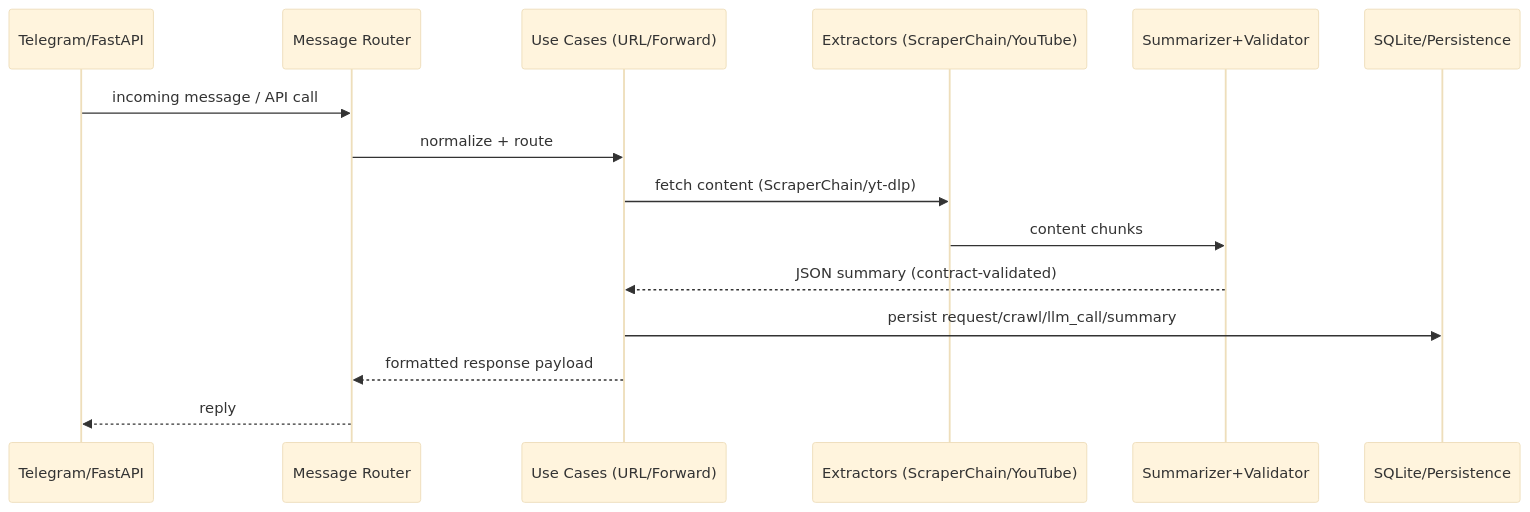
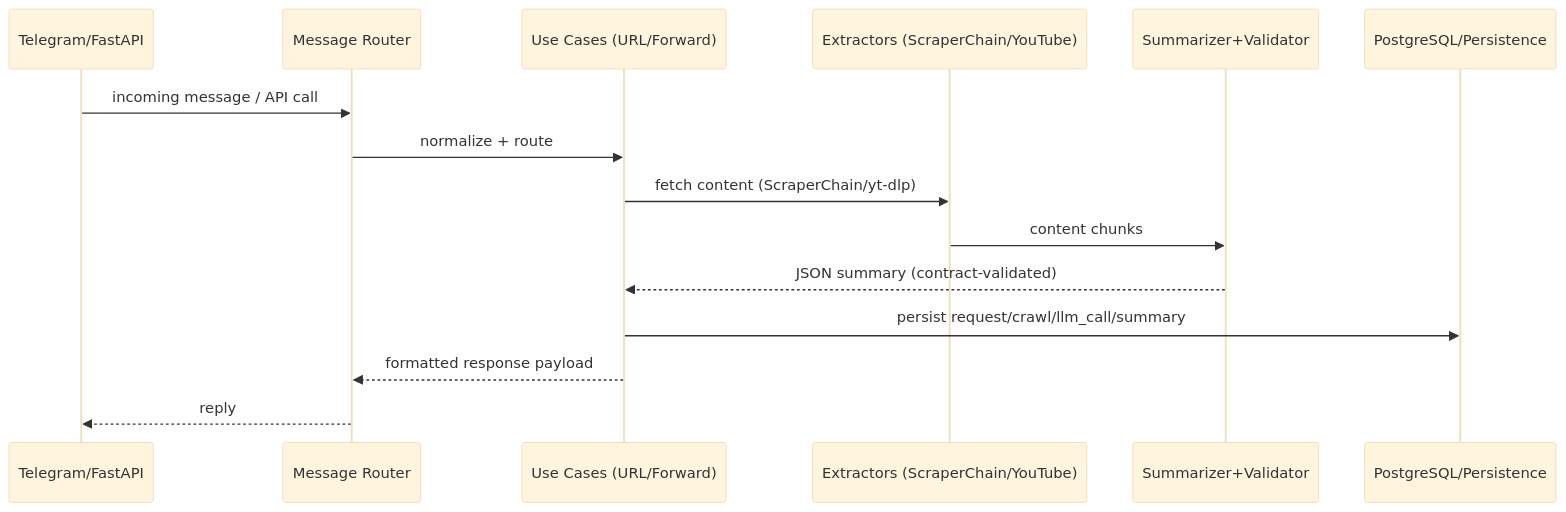
The third of 3 diagrams in docs/explanation/architecture-overview.md (po4yka/bite-size-reader), drawn with Mermaid (base theme) before and after one commit. The commit also changed other lines of this file and 8 other files, not shown here.

````diff
--- a/docs/explanation/architecture-overview.md
+++ b/docs/explanation/architecture-overview.md
@@ -287,18 +287,18 @@
 ```mermaid
 sequenceDiagram
   participant TG as Telegram/FastAPI
   participant Router as Message Router
   participant UC as Use Cases (URL/Forward)
   participant Extract as Extractors (ScraperChain/YouTube)
   participant LLM as Summarizer+Validator
-  participant DB as SQLite/Persistence
+  participant DB as PostgreSQL/Persistence
 
   TG->>Router: incoming message / API call
   Router->>UC: normalize + route
   UC->>Extract: fetch content (ScraperChain/yt-dlp)
   Extract->>LLM: content chunks
   LLM-->>UC: JSON summary (contract-validated)
   UC->>DB: persist request/crawl/llm_call/summary
   UC-->>Router: formatted response payload
   Router-->>TG: reply
 ```
````
